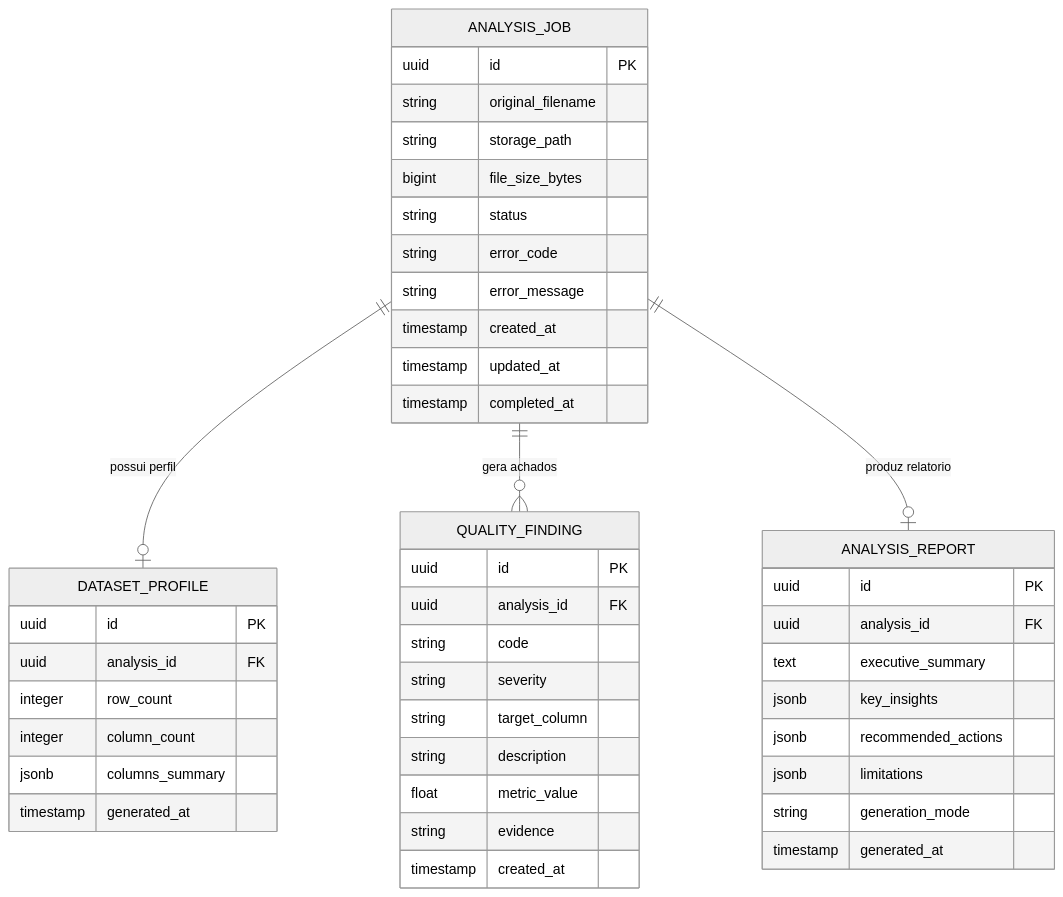
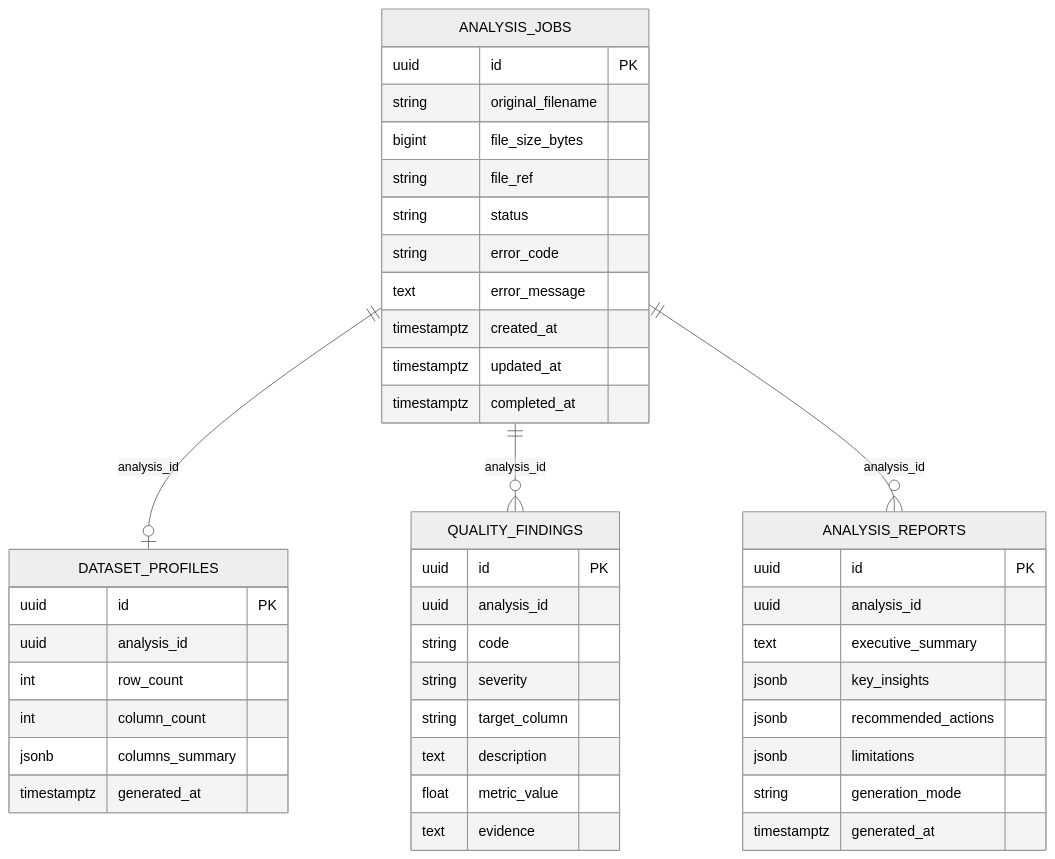
The seventh of 8 diagrams in docs/ARQUITETURA.md (lucasblima-dev/data-guard), drawn with Mermaid (neutral theme) before and after one commit. The commit also changed other lines of this file and 2 other files, not shown here.

````diff
--- a/docs/ARQUITETURA.md
+++ b/docs/ARQUITETURA.md
@@ -228,51 +307,47 @@
 ```mermaid
 erDiagram
-    ANALYSIS_JOB ||--o| DATASET_PROFILE : "possui perfil"
-    ANALYSIS_JOB ||--o{ QUALITY_FINDING : "gera achados"
-    ANALYSIS_JOB ||--o| ANALYSIS_REPORT : "produz relatorio"
+    ANALYSIS_JOBS ||--o| DATASET_PROFILES : "analysis_id"
+    ANALYSIS_JOBS ||--o{ QUALITY_FINDINGS : "analysis_id"
+    ANALYSIS_JOBS ||--o{ ANALYSIS_REPORTS : "analysis_id"
 
-    ANALYSIS_JOB {
+    ANALYSIS_JOBS {
         uuid id PK
         string original_filename
-        string storage_path
         bigint file_size_bytes
+        string file_ref
         string status
         string error_code
-        string error_message
-        timestamp created_at
-        timestamp updated_at
-        timestamp completed_at
+        text error_message
+        timestamptz created_at
+        timestamptz updated_at
+        timestamptz completed_at
     }
-
-    DATASET_PROFILE {
+    DATASET_PROFILES {
         uuid id PK
-        uuid analysis_id FK
-        integer row_count
-        integer column_count
+        uuid analysis_id
+        int row_count
+        int column_count
         jsonb columns_summary
-        timestamp generated_at
+        timestamptz generated_at
     }
-
-    QUALITY_FINDING {
+    QUALITY_FINDINGS {
         uuid id PK
-        uuid analysis_id FK
+        uuid analysis_id
         string code
         string severity
         string target_column
-        string description
+        text description
         float metric_value
-        string evidence
-        timestamp created_at
+        text evidence
     }
-
-    ANALYSIS_REPORT {
+    ANALYSIS_REPORTS {
         uuid id PK
-        uuid analysis_id FK
+        uuid analysis_id
         text executive_summary
         jsonb key_insights
         jsonb recommended_actions
         jsonb limitations
         string generation_mode
-        timestamp generated_at
+        timestamptz generated_at
     }
 ```
````
